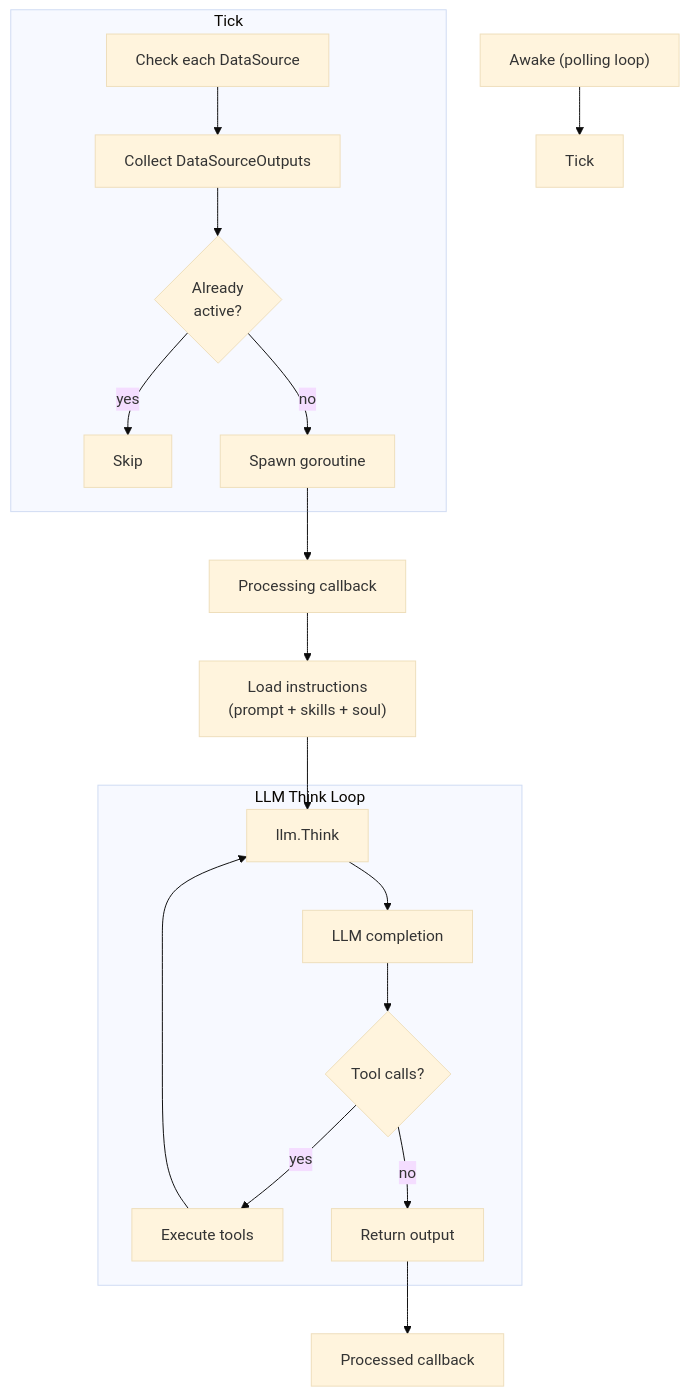
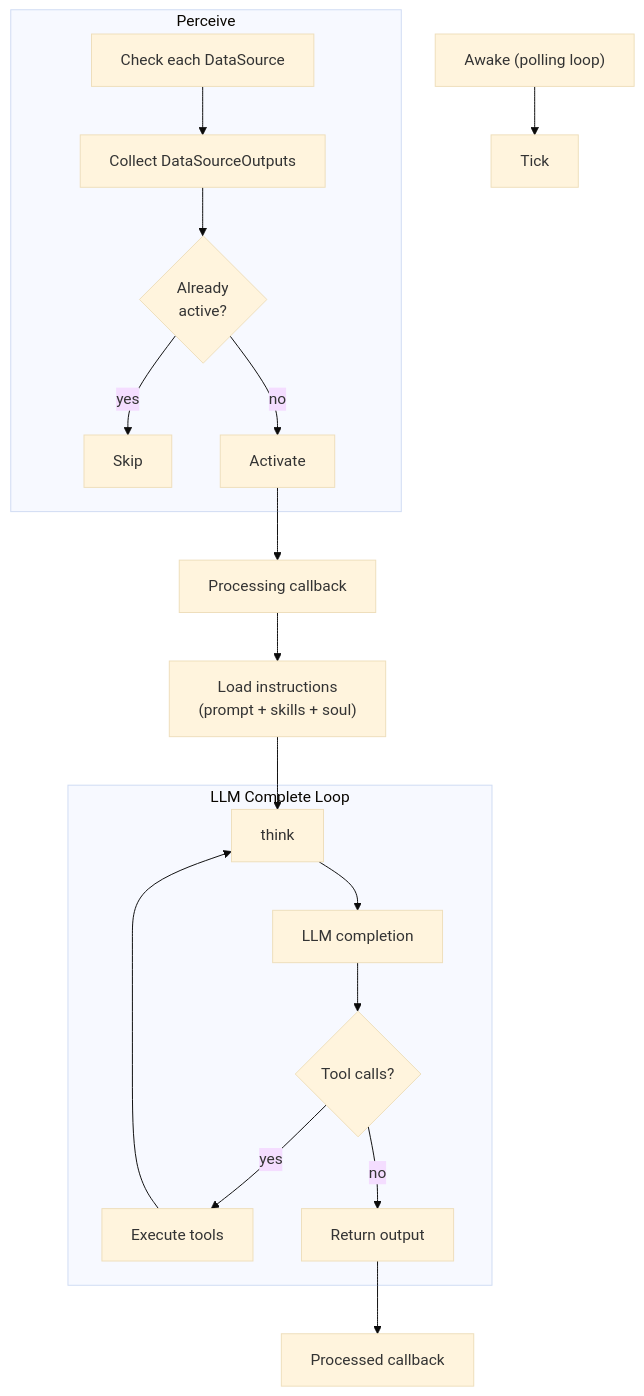
Before and after one commit to kilianc/nik: the first of 2 diagrams in README.md, drawn with Mermaid (base theme). The commit also changed other lines of this file and 22 other files, not shown here.

````diff
--- a/README.md
+++ b/README.md
@@ -39,25 +39,25 @@
 ```mermaid
 flowchart TD
     Awake["Awake (polling loop)"] --> Tick
 
-    subgraph tick [Tick]
+    subgraph perceiveStep [Perceive]
         CheckSources["Check each DataSource"] --> Outputs["Collect DataSourceOutputs"]
         Outputs --> Dedup{"Already\nactive?"}
         Dedup -- yes --> Skip[Skip]
-        Dedup -- no --> Spawn["Spawn goroutine"]
+        Dedup -- no --> Activate["Activate"]
     end
 
-    Spawn --> Processing["Processing callback"]
+    Activate --> Processing["Processing callback"]
     Processing --> LoadPrompt["Load instructions\n(prompt + skills + soul)"]
-    LoadPrompt --> Think["llm.Think"]
+    LoadPrompt --> ThinkStep["think"]
 
-    subgraph thinkLoop [LLM Think Loop]
-        Think --> LLM["LLM completion"]
+    subgraph completeLoop [LLM Complete Loop]
+        ThinkStep --> LLM["LLM completion"]
         LLM --> ToolCalls{"Tool calls?"}
         ToolCalls -- yes --> Exec["Execute tools"]
-        Exec --> Think
+        Exec --> ThinkStep
         ToolCalls -- no --> Done["Return output"]
     end
 
     Done --> Processed["Processed callback"]
 ```
````
